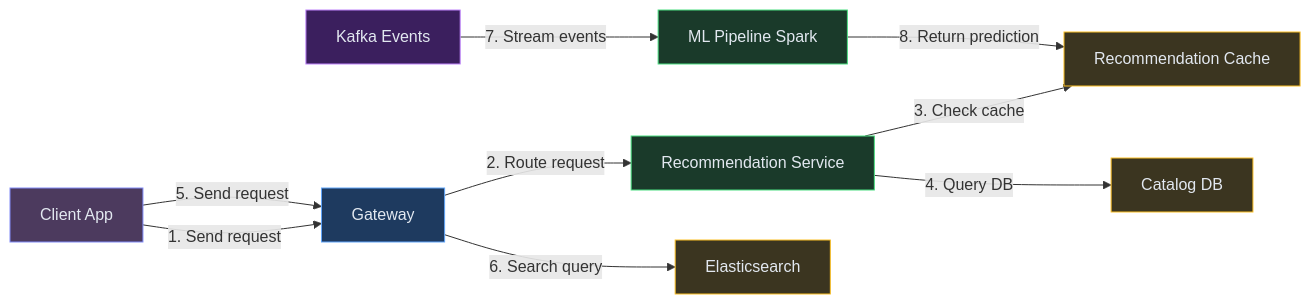
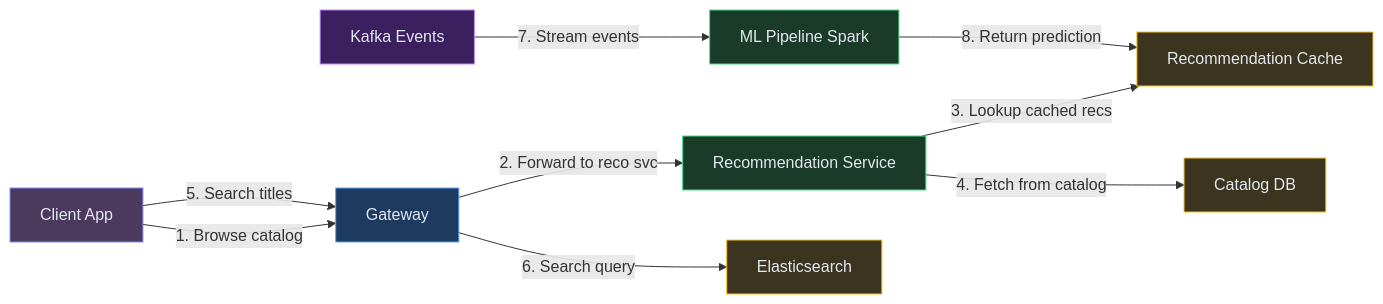
The fourth of 10 diagrams in content/hld/Netflix.md (iluzn/HLD-Designs), drawn with Mermaid before and after one commit. The commit also changed other lines of this file and 27 other files, not shown here.

````diff
--- a/content/hld/Netflix.md
+++ b/content/hld/Netflix.md
@@ -303,26 +303,26 @@
 ```mermaid
 flowchart LR
     TV["Client App"]:::client
     GW["Gateway"]:::edge
     RS["Recommendation Service"]:::service
     RC["Recommendation Cache"]:::data
     KF["Kafka Events"]:::async
     ML["ML Pipeline Spark"]:::service
     ES["Elasticsearch"]:::data
     CAT["Catalog DB"]:::data
 
-    TV -->|"1. Send request"| GW
-    GW -->|"2. Route request"| RS
-    RS -->|"3. Check cache"| RC
-    RS -->|"4. Query DB"| CAT
-    TV -->|"5. Send request"| GW
+    TV -->|"1. Browse catalog"| GW
+    GW -->|"2. Forward to reco svc"| RS
+    RS -->|"3. Lookup cached recs"| RC
+    RS -->|"4. Fetch from catalog"| CAT
+    TV -->|"5. Search titles"| GW
     GW -->|"6. Search query"| ES
     KF -->|"7. Stream events"| ML
     ML -->|"8. Return prediction"| RC
 
     classDef client fill:#4c3a5e,stroke:#818cf8,color:#e2e8f0
     classDef edge fill:#1e3a5f,stroke:#60a5fa,color:#e2e8f0
     classDef service fill:#1a3a2a,stroke:#4ade80,color:#e2e8f0
     classDef async fill:#3b1f5e,stroke:#c084fc,color:#e2e8f0
     classDef data fill:#3b3520,stroke:#fbbf24,color:#e2e8f0
 ```
````
